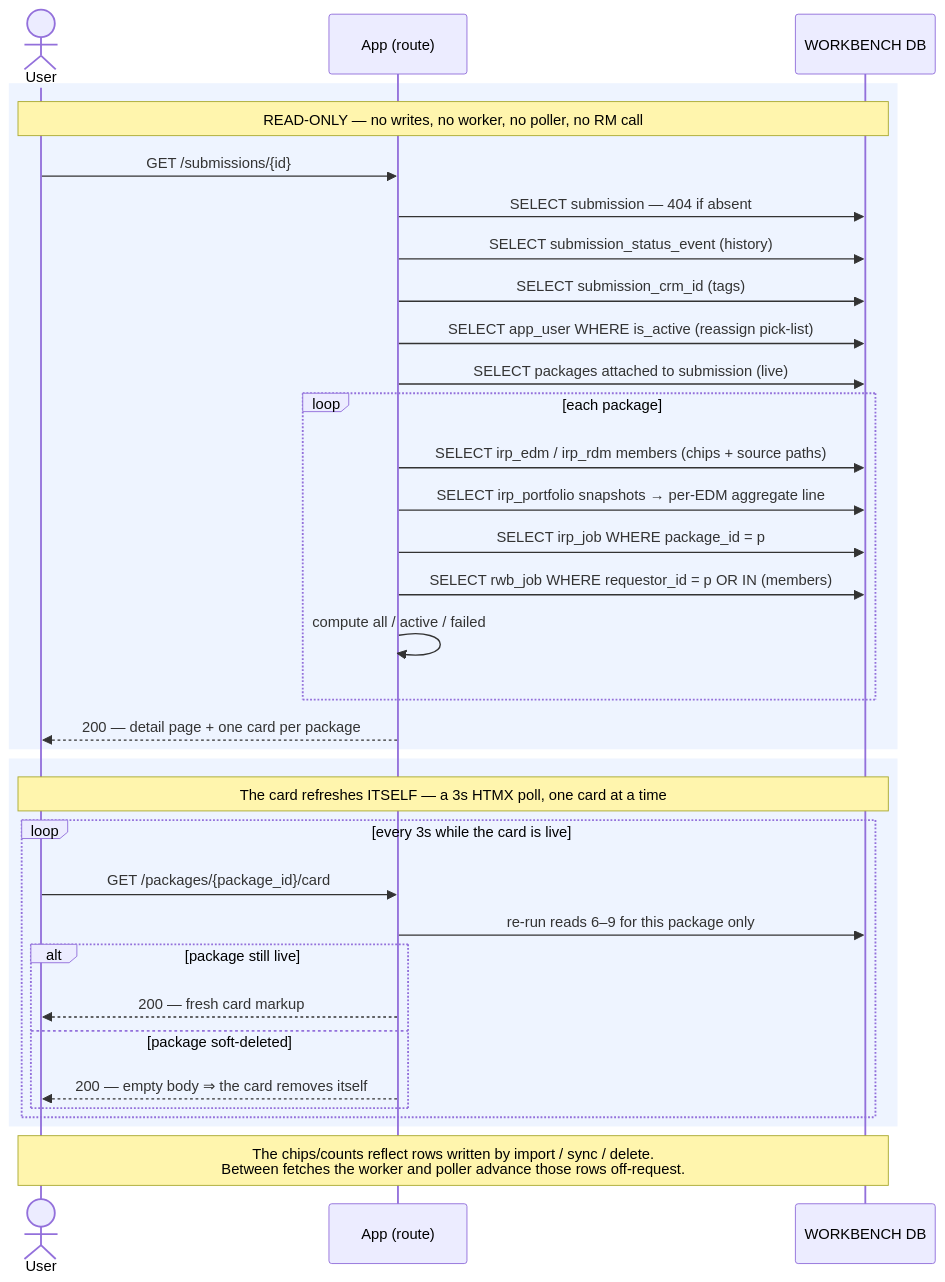
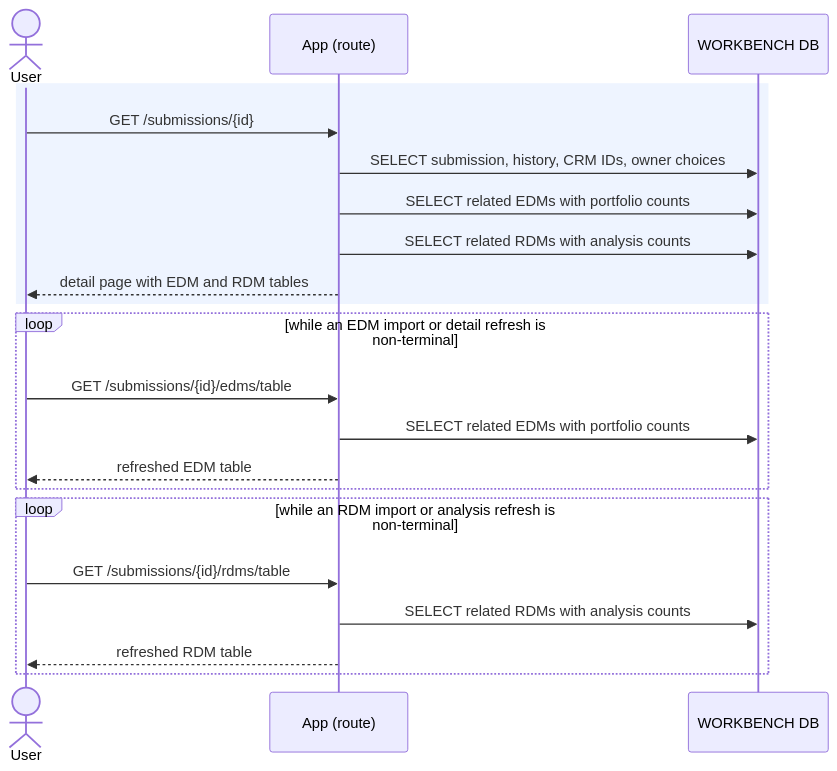
The diagram in docs/sequence_diagrams/submissions/view_submission.md (anilvenugopal/risk-workbench), drawn with Mermaid before and after one commit. The commit also changed other lines of this file and 22 other files, not shown here.

````diff
--- a/docs/sequence_diagrams/submissions/view_submission.md
+++ b/docs/sequence_diagrams/submissions/view_submission.md
@@ -45,39 +22,26 @@
 ```mermaid
 sequenceDiagram
     actor User
     participant App as App (route)
     participant DB as WORKBENCH DB
 
     rect rgb(238,244,255)
-        Note over User,DB: READ-ONLY — no writes, no worker, no poller, no RM call
         User->>App: GET /submissions/{id}
-        App->>DB: SELECT submission — 404 if absent
-        App->>DB: SELECT submission_status_event (history)
-        App->>DB: SELECT submission_crm_id (tags)
-        App->>DB: SELECT app_user WHERE is_active (reassign pick-list)
-        App->>DB: SELECT packages attached to submission (live)
-        loop each package
-            App->>DB: SELECT irp_edm / irp_rdm members (chips + source paths)
-            App->>DB: SELECT irp_portfolio snapshots → per-EDM aggregate line
-            App->>DB: SELECT irp_job WHERE package_id = p
-            App->>DB: SELECT rwb_job WHERE requestor_id = p OR IN (members)
-            App->>App: compute all / active / failed
-        end
-        App-->>User: 200 — detail page + one card per package
+        App->>DB: SELECT submission, history, CRM IDs, owner choices
+        App->>DB: SELECT related EDMs with portfolio counts
+        App->>DB: SELECT related RDMs with analysis counts
+        App-->>User: detail page with EDM and RDM tables
     end
 
-    rect rgb(238,244,255)
-        Note over User,DB: The card refreshes ITSELF — a 3s HTMX poll, one card at a time
-        loop every 3s while the card is live
-            User->>App: GET /packages/{package_id}/card
-            App->>DB: re-run reads 6–9 for this package only
-            alt package still live
-                App-->>User: 200 — fresh card markup
-            else package soft-deleted
-                App-->>User: 200 — empty body ⇒ the card removes itself
-            end
-        end
+    loop while an EDM import or detail refresh is non-terminal
+        User->>App: GET /submissions/{id}/edms/table
+        App->>DB: SELECT related EDMs with portfolio counts
+        App-->>User: refreshed EDM table
     end
 
-    Note over User,DB: The chips/counts reflect rows written by import / sync / delete.<br/>Between fetches the worker and poller advance those rows off-request.
+    loop while an RDM import or analysis refresh is non-terminal
+        User->>App: GET /submissions/{id}/rdms/table
+        App->>DB: SELECT related RDMs with analysis counts
+        App-->>User: refreshed RDM table
+    end
 ```
````
